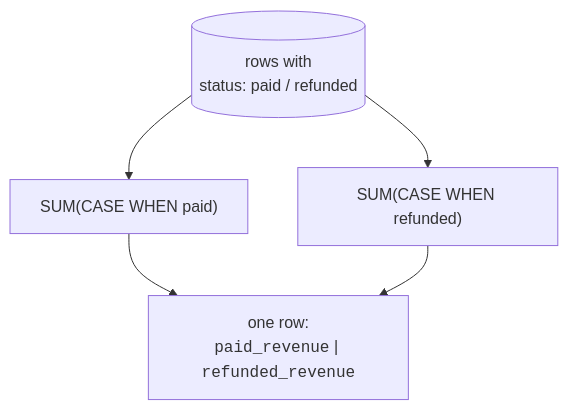
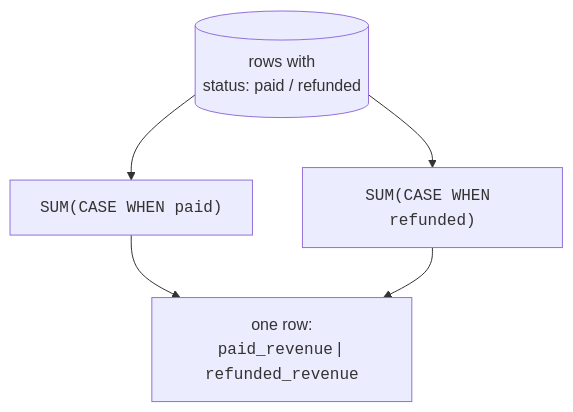
One commit to dataslope/dataslope changed the diagram in content/courses/sql-analytics-duckdb/conditional-logic.mdx. Above: the diagram before and after it, drawn with Mermaid. The commit also changed other lines of this file and 283 other files, not shown here.

First line of the commit message:
Diagrams as elements, not characters: fix the box model, sweep the corpus, and make syntax breakdowns a convention (#652)

````diff
--- a/content/courses/sql-analytics-duckdb/conditional-logic.mdx
+++ b/content/courses/sql-analytics-duckdb/conditional-logic.mdx
@@ -212,7 +223,7 @@
 ```mermaid
 flowchart TD
-    R[("rows with<br/>status: paid / refunded")] --> C1["SUM(CASE WHEN paid)"]
-    R --> C2["SUM(CASE WHEN refunded)"]
+    R[("rows with<br/>status: paid / refunded")] --> C1["<code>SUM(CASE WHEN paid)</code>"]
+    R --> C2["<code>SUM(CASE WHEN refunded)</code>"]
     C1 --> Out["one row:<br/><code>paid_revenue</code> | <code>refunded_revenue</code>"]
     C2 --> Out
 ```
````
